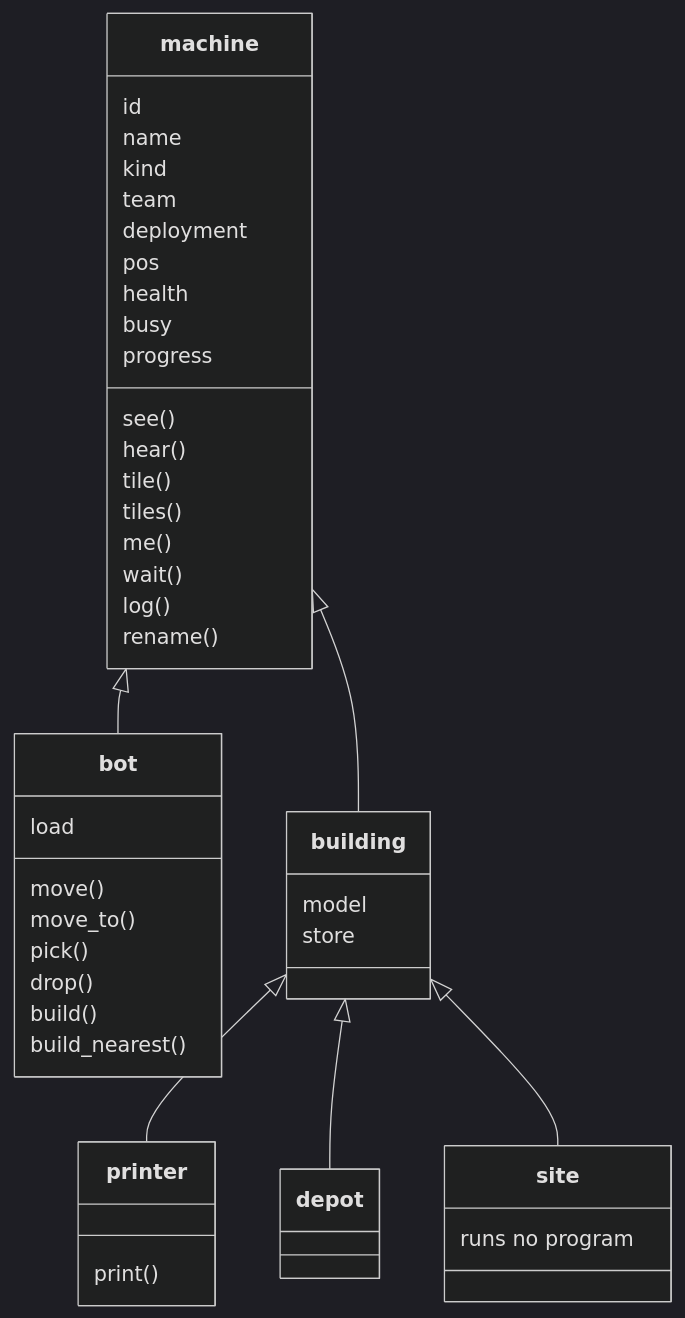
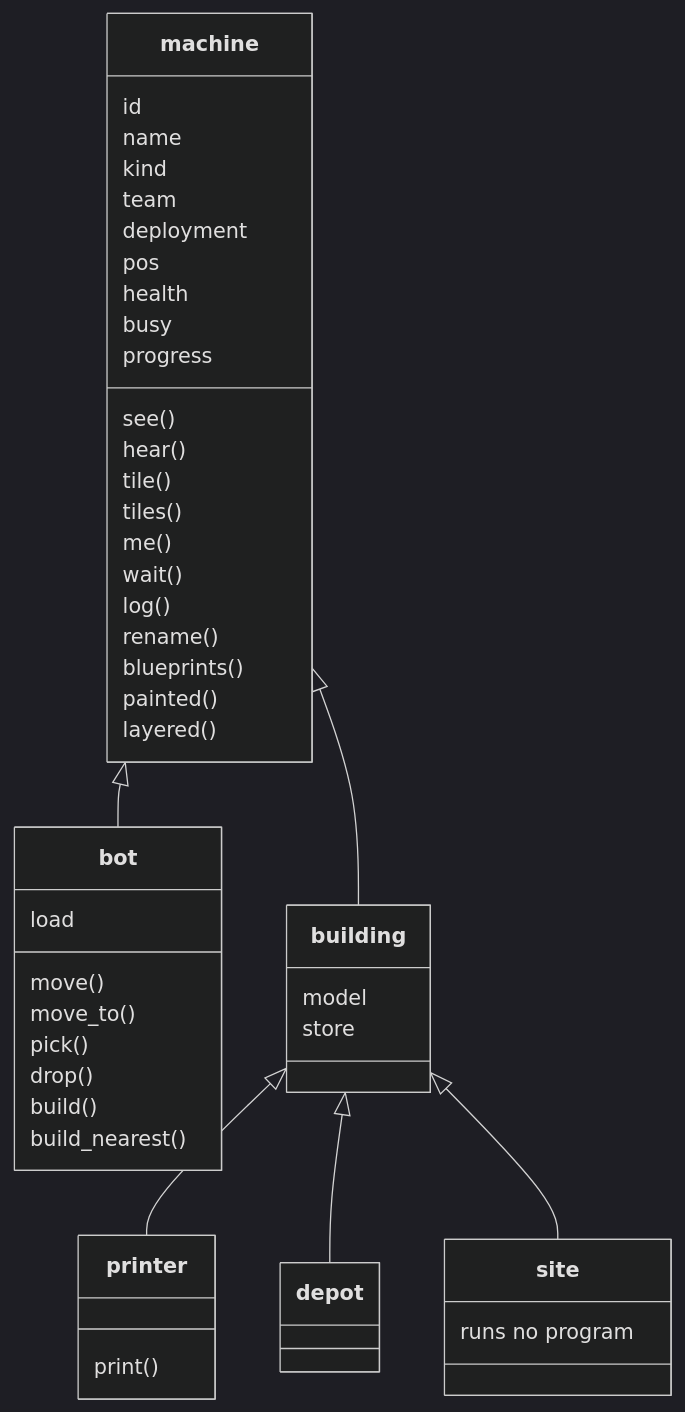
Before and after one commit to mmmtastymmm/programming-game-planned-2: the diagram in docs/02-machines.md, drawn with Mermaid (dark theme). The commit also changed other lines of this file and 12 other files, not shown here.

````diff
--- a/docs/02-machines.md
+++ b/docs/02-machines.md
@@ -148,47 +148,50 @@
 ```mermaid
 classDiagram
   class machine {
     id
     name
     kind
     team
     deployment
     pos
     health
     busy
     progress
     see()
     hear()
     tile()
     tiles()
     me()
     wait()
     log()
     rename()
+    blueprints()
+    painted()
+    layered()
   }
   class bot {
     load
     move()
     move_to()
     pick()
     drop()
     build()
     build_nearest()
   }
   class building {
     model
     store
   }
   class printer {
     print()
   }
   class depot
   class site {
     runs no program
   }
   machine <|-- bot
   machine <|-- building
   building <|-- printer
   building <|-- depot
   building <|-- site
 ```
````
